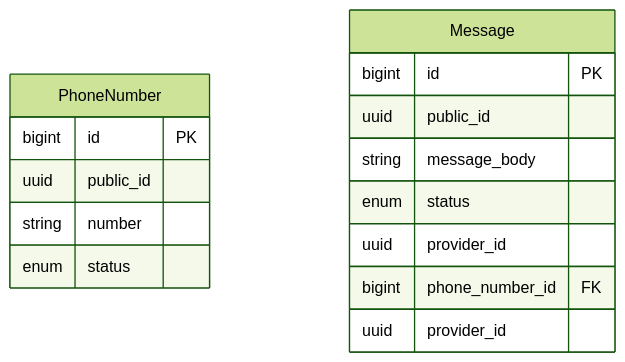
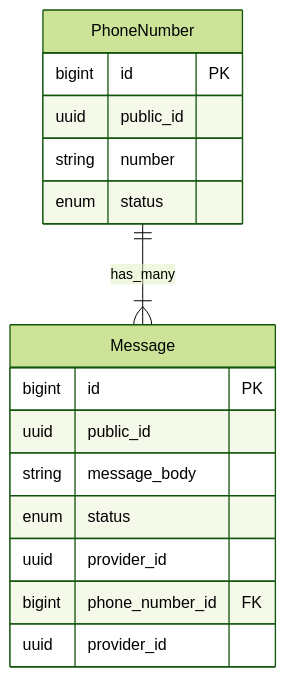
Before and after one commit to ZhuChara2004/texting-service: the first of 2 diagrams in README.md, drawn with Mermaid (forest theme). The commit also changed other lines of this file, not shown here.

Commit message:
README updated

````diff
--- a/README.md
+++ b/README.md
@@ -7,19 +41,21 @@
 ```mermaid
-erDiagram
-	PhoneNumber {
-		bigint id PK
-		uuid public_id
-		string number
-		enum status
-	}
-
-	Message {
-		bigint id PK
-		uuid public_id
-		string message_body
-		enum status
-		uuid provider_id
-		bigint phone_number_id FK
-		uuid provider_id
-  }
+  erDiagram
+    PhoneNumber {
+      bigint id PK
+      uuid public_id
+      string number
+      enum status
+    }
+  
+    Message {
+      bigint id PK
+      uuid public_id
+      string message_body
+      enum status
+      uuid provider_id
+      bigint phone_number_id FK
+      uuid provider_id
+    }
+  
+  PhoneNumber ||--|{ Message:has_many
 ```
````
